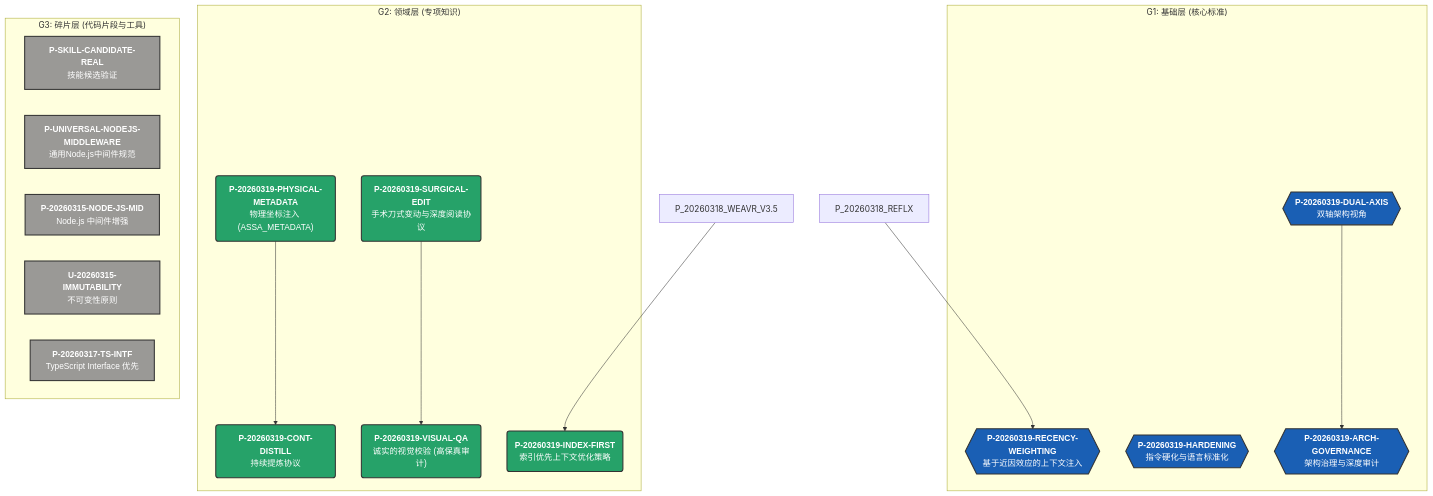
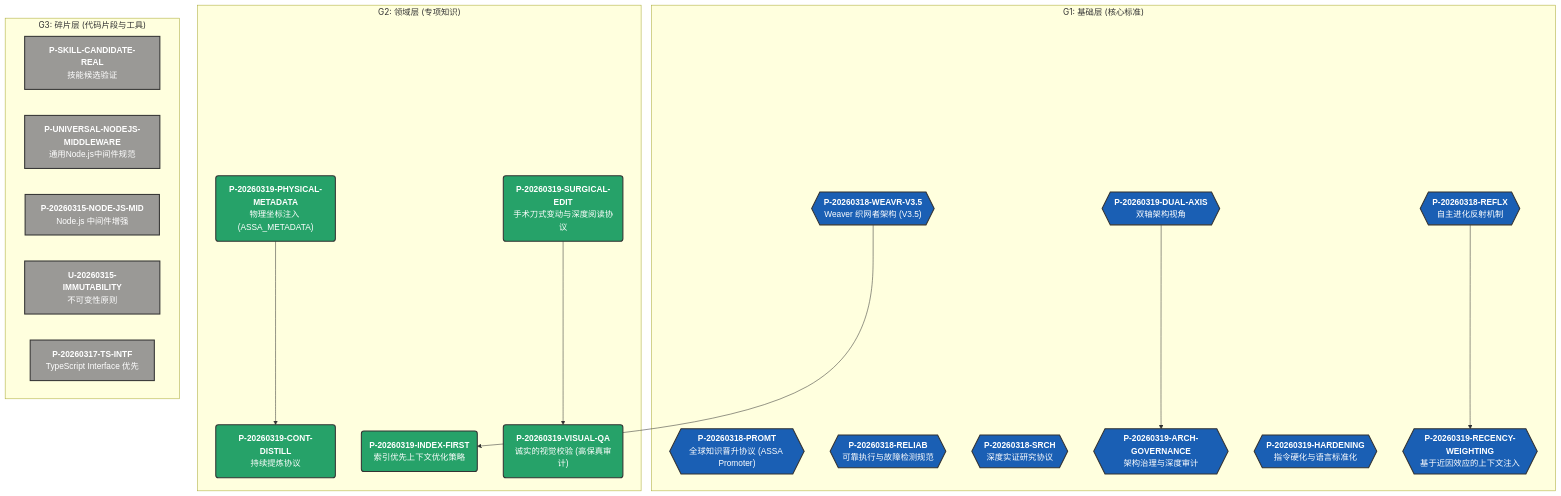
The second of 2 diagrams in README_CN.md (Biogod2020/ASSA), drawn with Mermaid before and after one commit. The commit also changed 1 other file, not shown here.

Commit message:
docs: finalize knowledge graph with correct G1 levels and dependencies

````diff
--- a/README_CN.md
+++ b/README_CN.md
@@ -61,36 +61,41 @@
 ```mermaid
 graph TD
   subgraph G1 ["G1: 基础层 (核心标准)"]
+    P_20260318_PROMT{{"<b>P-20260318-PROMT</b><br/>全球知识晋升协议 (ASSA Promoter)"}}
+    P_20260318_REFLX{{"<b>P-20260318-REFLX</b><br/>自主进化反射机制"}}
+    P_20260318_RELIAB{{"<b>P-20260318-RELIAB</b><br/>可靠执行与故障检测规范"}}
+    P_20260318_SRCH{{"<b>P-20260318-SRCH</b><br/>深度实证研究协议"}}
+    P_20260318_WEAVR_V3_5{{"<b>P-20260318-WEAVR-V3.5</b><br/>Weaver 织网者架构 (V3.5)"}}
     P_20260319_ARCH_GOVERNANCE{{"<b>P-20260319-ARCH-GOVERNANCE</b><br/>架构治理与深度审计"}}
     P_20260319_DUAL_AXIS{{"<b>P-20260319-DUAL-AXIS</b><br/>双轴架构视角"}}
     P_20260319_HARDENING{{"<b>P-20260319-HARDENING</b><br/>指令硬化与语言标准化"}}
     P_20260319_RECENCY_WEIGHTING{{"<b>P-20260319-RECENCY-WEIGHTING</b><br/>基于近因效应的上下文注入"}}
   end
   subgraph G2 ["G2: 领域层 (专项知识)"]
     P_20260319_CONT_DISTILL("<b>P-20260319-CONT-DISTILL</b><br/>持续提炼协议")
     P_20260319_INDEX_FIRST("<b>P-20260319-INDEX-FIRST</b><br/>索引优先上下文优化策略")
     P_20260319_PHYSICAL_METADATA("<b>P-20260319-PHYSICAL-METADATA</b><br/>物理坐标注入 (ASSA_METADATA)")
     P_20260319_SURGICAL_EDIT("<b>P-20260319-SURGICAL-EDIT</b><br/>手术刀式变动与深度阅读协议")
     P_20260319_VISUAL_QA("<b>P-20260319-VISUAL-QA</b><br/>诚实的视觉校验 (高保真审计)")
   end
   subgraph G3 ["G3: 碎片层 (代码片段与工具)"]
     P_SKILL_CANDIDATE_REAL["<b>P-SKILL-CANDIDATE-REAL</b><br/>技能候选验证"]
     P_UNIVERSAL_NODEJS_MIDDLEWARE["<b>P-UNIVERSAL-NODEJS-MIDDLEWARE</b><br/>通用Node.js中间件规范"]
     P_20260315_NODE_JS_MID["<b>P-20260315-NODE-JS-MID</b><br/>Node.js 中间件增强"]
     U_20260315_IMMUTABILITY["<b>U-20260315-IMMUTABILITY</b><br/>不可变性原则"]
     P_20260317_TS_INTF["<b>P-20260317-TS-INTF</b><br/>TypeScript Interface 优先"]
   end
   P_20260319_DUAL_AXIS --> P_20260319_ARCH_GOVERNANCE
   P_20260319_PHYSICAL_METADATA --> P_20260319_CONT_DISTILL
-  P_20260318_WEAVR_V3.5 --> P_20260319_INDEX_FIRST
+  P_20260318_WEAVR_V3_5 --> P_20260319_INDEX_FIRST
   P_20260318_REFLX --> P_20260319_RECENCY_WEIGHTING
   P_20260319_SURGICAL_EDIT --> P_20260319_VISUAL_QA
 
   %% Styling
   classDef style_G1 fill:#1a5fb4,stroke:#333,stroke-width:2px,color:#fff,font-family:Arial;
-  class P_20260319_ARCH_GOVERNANCE,P_20260319_DUAL_AXIS,P_20260319_HARDENING,P_20260319_RECENCY_WEIGHTING style_G1;
+  class P_20260318_PROMT,P_20260318_REFLX,P_20260318_RELIAB,P_20260318_SRCH,P_20260318_WEAVR_V3_5,P_20260319_ARCH_GOVERNANCE,P_20260319_DUAL_AXIS,P_20260319_HARDENING,P_20260319_RECENCY_WEIGHTING style_G1;
   classDef style_G2 fill:#26a269,stroke:#333,stroke-width:2px,color:#fff,font-family:Arial;
   class P_20260319_CONT_DISTILL,P_20260319_INDEX_FIRST,P_20260319_PHYSICAL_METADATA,P_20260319_SURGICAL_EDIT,P_20260319_VISUAL_QA style_G2;
   classDef style_G3 fill:#9a9996,stroke:#333,stroke-width:2px,color:#fff,font-family:Arial;
   class P_SKILL_CANDIDATE_REAL,P_UNIVERSAL_NODEJS_MIDDLEWARE,P_20260315_NODE_JS_MID,U_20260315_IMMUTABILITY,P_20260317_TS_INTF style_G3;
 ```
````
